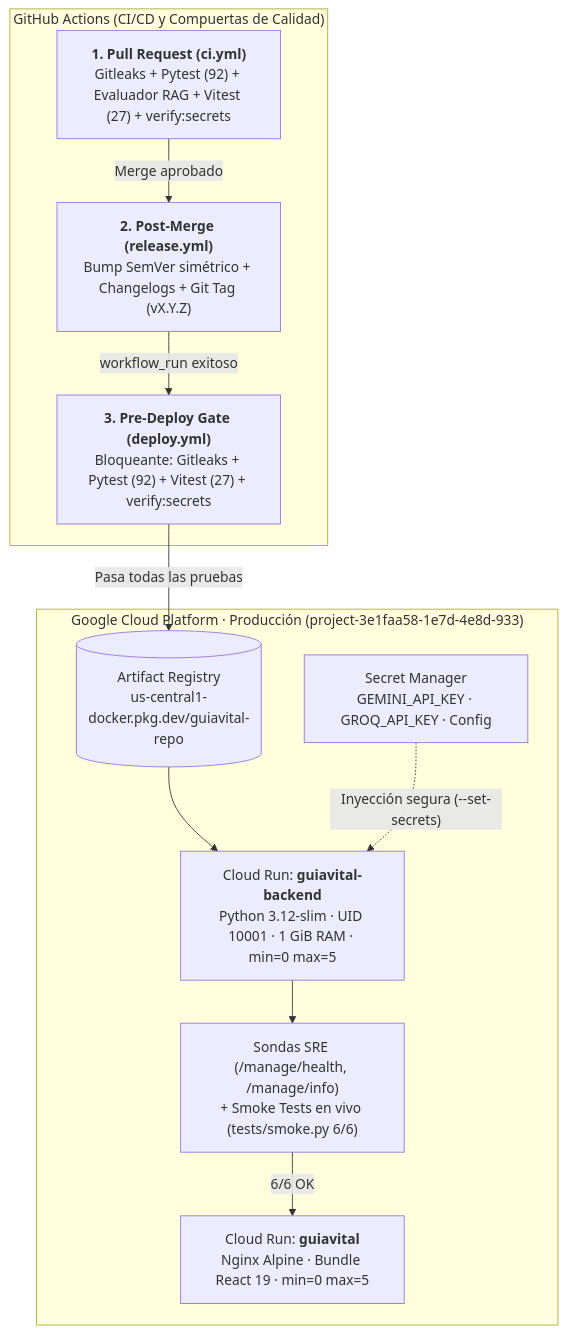
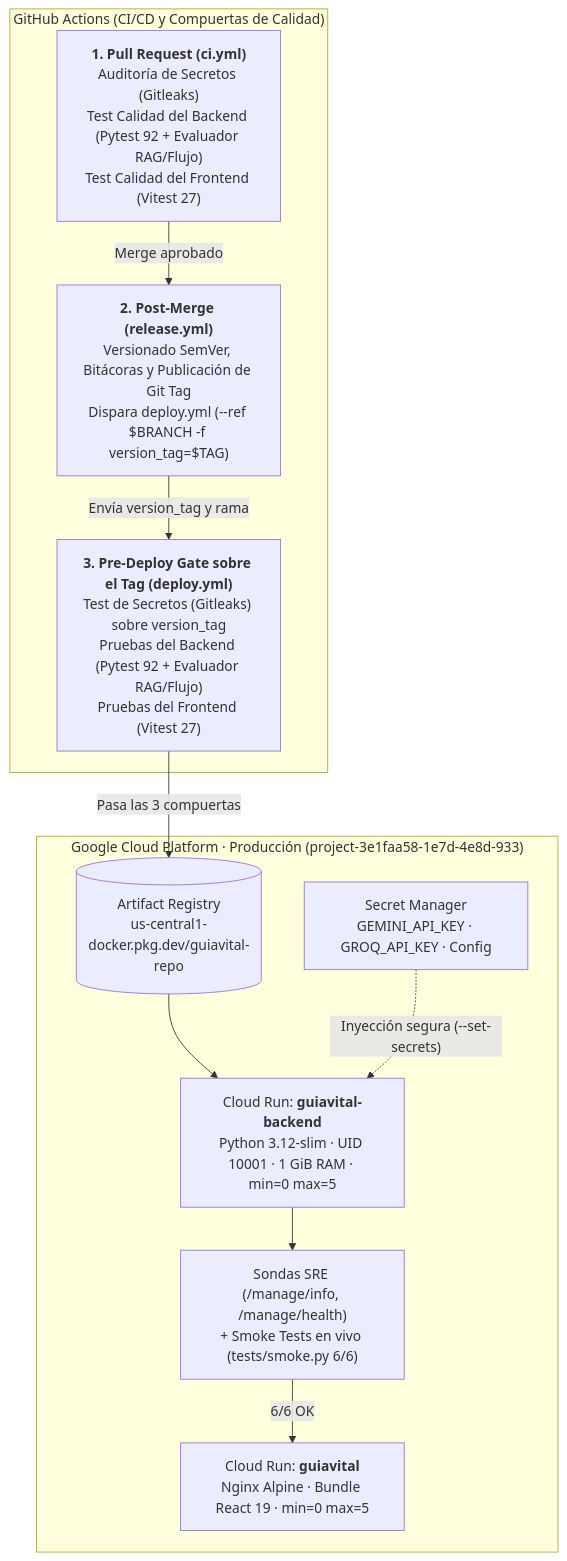
The third of 4 diagrams in docs/03-arquitectura.md (UNIPI6TO/PROY_GRADUACION_ASISTENTE_MEDICO_APP), drawn with Mermaid before and after one commit. The commit also changed 8 other files, not shown here.

````diff
--- a/docs/03-arquitectura.md
+++ b/docs/03-arquitectura.md
@@ -116,24 +116,24 @@
 ```mermaid
 flowchart TD
   subgraph GH["GitHub Actions (CI/CD y Compuertas de Calidad)"]
-    CI["<b>1. Pull Request (ci.yml)</b><br/>Gitleaks + Pytest (92) + Evaluador RAG + Vitest (27) + verify:secrets"]
-    REL["<b>2. Post-Merge (release.yml)</b><br/>Bump SemVer simétrico + Changelogs + Git Tag (vX.Y.Z)"]
-    DEP["<b>3. Pre-Deploy Gate (deploy.yml)</b><br/>Bloqueante: Gitleaks + Pytest (92) + Vitest (27) + verify:secrets"]
+    CI["<b>1. Pull Request (ci.yml)</b><br/>Auditoría de Secretos (Gitleaks)<br/>Test Calidad del Backend (Pytest 92 + Evaluador RAG/Flujo)<br/>Test Calidad del Frontend (Vitest 27)"]
+    REL["<b>2. Post-Merge (release.yml)</b><br/>Versionado SemVer, Bitácoras y Publicación de Git Tag<br/>Dispara deploy.yml (--ref $BRANCH -f version_tag=$TAG)"]
+    DEP["<b>3. Pre-Deploy Gate sobre el Tag (deploy.yml)</b><br/>Test de Secretos (Gitleaks) sobre version_tag<br/>Pruebas del Backend (Pytest 92 + Evaluador RAG/Flujo)<br/>Pruebas del Frontend (Vitest 27)"]
   end
 
   subgraph GCP_PROD["Google Cloud Platform · Producción (project-3e1faa58-1e7d-4e8d-933)"]
     GAR[("Artifact Registry<br/>us-central1-docker.pkg.dev/guiavital-repo")]
     SM["Secret Manager<br/>GEMINI_API_KEY · GROQ_API_KEY · Config"]
     CR_BE["Cloud Run: <b>guiavital-backend</b><br/>Python 3.12-slim · UID 10001 · 1 GiB RAM · min=0 max=5"]
     CR_FE["Cloud Run: <b>guiavital</b><br/>Nginx Alpine · Bundle React 19 · min=0 max=5"]
-    SMOKE["Sondas SRE (/manage/health, /manage/info)<br/>+ Smoke Tests en vivo (tests/smoke.py 6/6)"]
+    SMOKE["Sondas SRE (/manage/info, /manage/health)<br/>+ Smoke Tests en vivo (tests/smoke.py 6/6)"]
   end
 
   CI -->|Merge aprobado| REL
-  REL -->|workflow_run exitoso| DEP
-  DEP -->|Pasa todas las pruebas| GAR
+  REL -->|Envía version_tag y rama| DEP
+  DEP -->|Pasa las 3 compuertas| GAR
   GAR --> CR_BE
   SM -. "Inyección segura (--set-secrets)" .-> CR_BE
   CR_BE --> SMOKE
   SMOKE -->|6/6 OK| CR_FE
 ```
````
